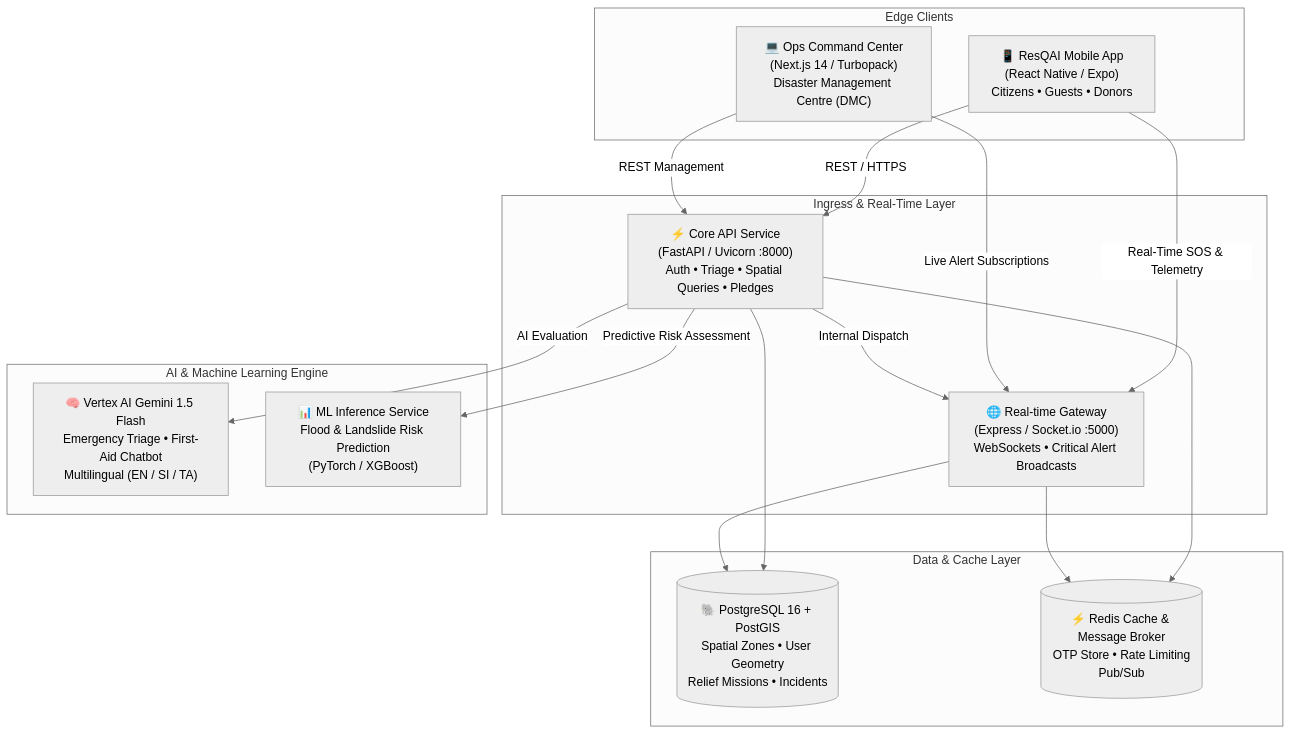
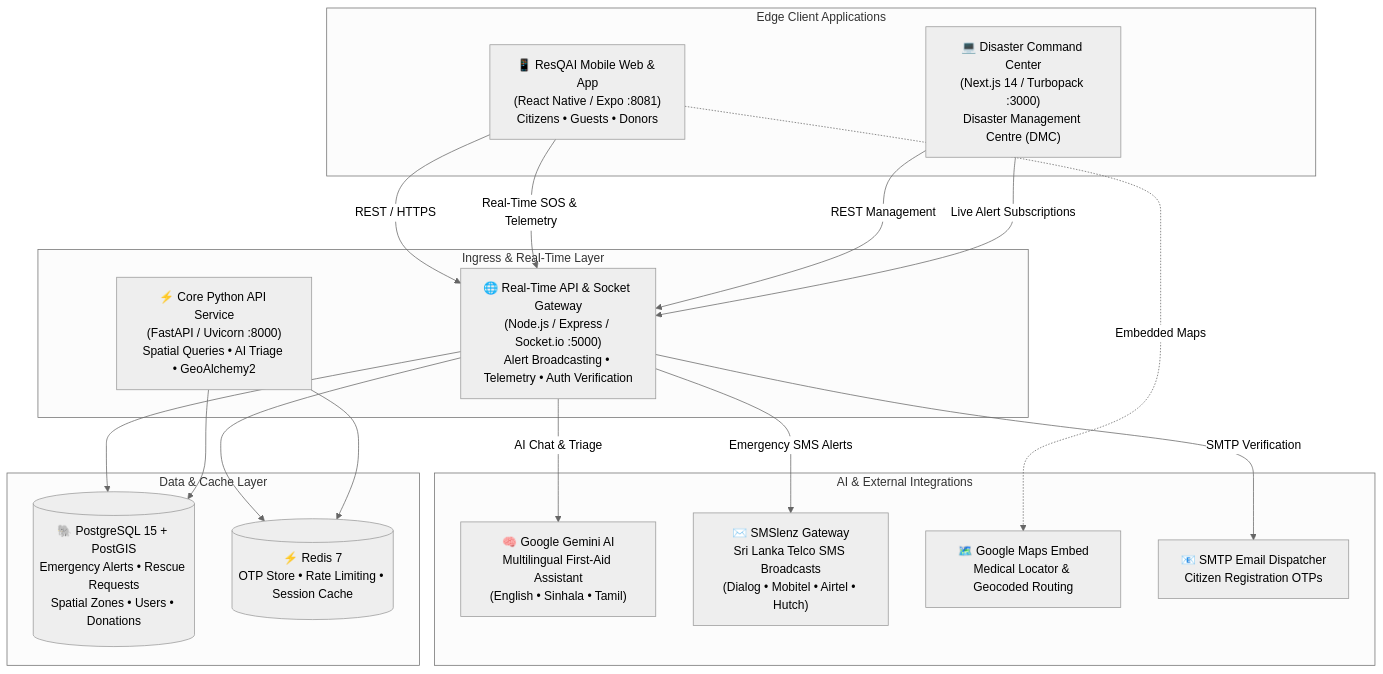
The diagram in README.md (dinathsv/resqai-platform), drawn with Mermaid (neutral theme) before and after one commit. The commit also changed other lines of this file, not shown here.

Commit message:
docs: update and fix README with architecture, ports, env variables, and API reference

````diff
--- a/README.md
+++ b/README.md
@@ -37,36 +35,39 @@
 ```mermaid
 flowchart TB
-    subgraph Clients["Edge Clients"]
-        Mobile["📱 ResQAI Mobile App<br/>(React Native / Expo)<br/>Citizens • Guests • Donors"]
-        AdminWeb["💻 Ops Command Center<br/>(Next.js 14 / Turbopack)<br/>Disaster Management Centre (DMC)"]
+    subgraph Clients["Edge Client Applications"]
+        Mobile["📱 ResQAI Mobile Web & App<br/>(React Native / Expo :8081)<br/>Citizens • Guests • Donors"]
+        AdminWeb["💻 Disaster Command Center<br/>(Next.js 14 / Turbopack :3000)<br/>Disaster Management Centre (DMC)"]
     end
 
     subgraph Gateways["Ingress & Real-Time Layer"]
-        FastAPI["⚡ Core API Service<br/>(FastAPI / Uvicorn :8000)<br/>Auth • Triage • Spatial Queries • Pledges"]
-        NodeGateway["🌐 Real-time Gateway<br/>(Express / Socket.io :5000)<br/>WebSockets • Critical Alert Broadcasts"]
+        NodeGateway["🌐 Real-Time API & Socket Gateway<br/>(Node.js / Express / Socket.io :5000)<br/>Alert Broadcasting • Telemetry • Auth Verification"]
+        FastAPI["⚡ Core Python API Service<br/>(FastAPI / Uvicorn :8000)<br/>Spatial Queries • AI Triage • GeoAlchemy2"]
     end
 
-    subgraph Intelligence["AI & Machine Learning Engine"]
-        VertexAI["🧠 Vertex AI Gemini 1.5 Flash<br/>Emergency Triage • First-Aid Chatbot<br/>Multilingual (EN / SI / TA)"]
-        MLModels["📊 ML Inference Service<br/>Flood & Landslide Risk Prediction<br/>(PyTorch / XGBoost)"]
+    subgraph Intelligence["AI & External Integrations"]
+        GeminiAI["🧠 Google Gemini AI<br/>Multilingual First-Aid Assistant<br/>(English • Sinhala • Tamil)"]
+        SMSLenz["✉️ SMSlenz Gateway<br/>Sri Lanka Telco SMS Broadcasts<br/>(Dialog • Mobitel • Airtel • Hutch)"]
+        GoogleMaps["🗺️ Google Maps Embed<br/>Medical Locator & Geocoded Routing"]
+        SMTPEmail["📧 SMTP Email Dispatcher<br/>Citizen Registration OTPs"]
     end
 
     subgraph Storage["Data & Cache Layer"]
-        Postgres[("🐘 PostgreSQL 16 + PostGIS<br/>Spatial Zones • User Geometry<br/>Relief Missions • Incidents")]
-        Redis[("⚡ Redis Cache & Message Broker<br/>OTP Store • Rate Limiting<br/>Pub/Sub")]
+        Postgres[("🐘 PostgreSQL 15 + PostGIS<br/>Emergency Alerts • Rescue Requests<br/>Spatial Zones • Users • Donations")]
+        Redis[("⚡ Redis 7<br/>OTP Store • Rate Limiting • Session Cache")]
     end
 
-    Mobile -->|REST / HTTPS| FastAPI
+    Mobile -->|REST / HTTPS| NodeGateway
     Mobile -->|Real-Time SOS & Telemetry| NodeGateway
-    AdminWeb -->|REST Management| FastAPI
+    AdminWeb -->|REST Management| NodeGateway
     AdminWeb -->|Live Alert Subscriptions| NodeGateway
 
-    FastAPI -->|Internal Dispatch| NodeGateway
-    FastAPI -->|AI Evaluation| VertexAI
-    FastAPI -->|Predictive Risk Assessment| MLModels
+    NodeGateway -->|AI Chat & Triage| GeminiAI
+    NodeGateway -->|Emergency SMS Alerts| SMSLenz
+    NodeGateway -->|SMTP Verification| SMTPEmail
+    NodeGateway --> Postgres
+    NodeGateway --> Redis
+
     FastAPI --> Postgres
     FastAPI --> Redis
-
-    NodeGateway --> Redis
-    NodeGateway --> Postgres
+    Mobile -.->|Embedded Maps| GoogleMaps
 ```
````
